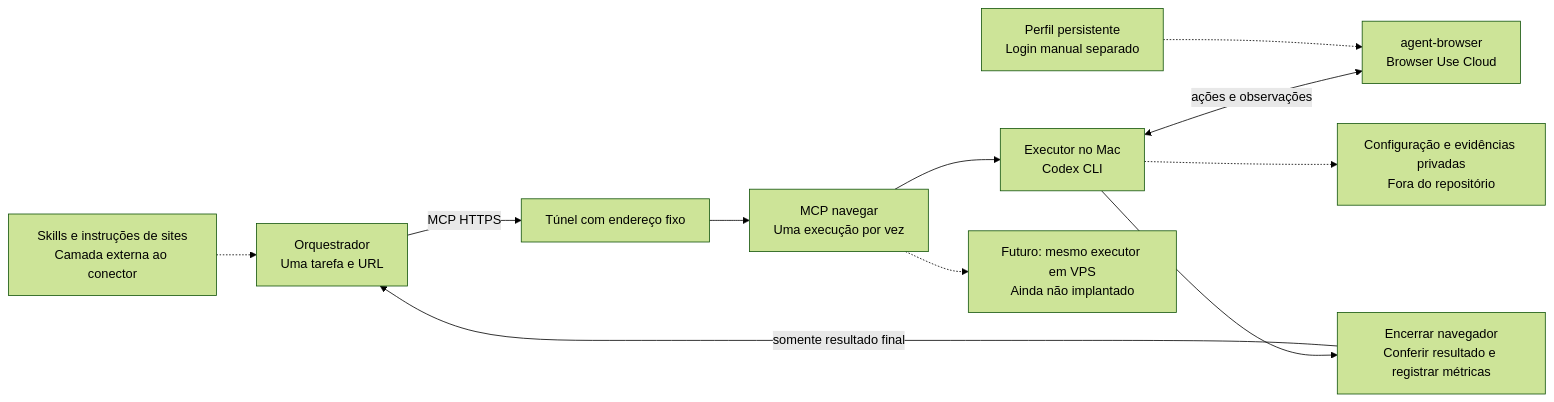
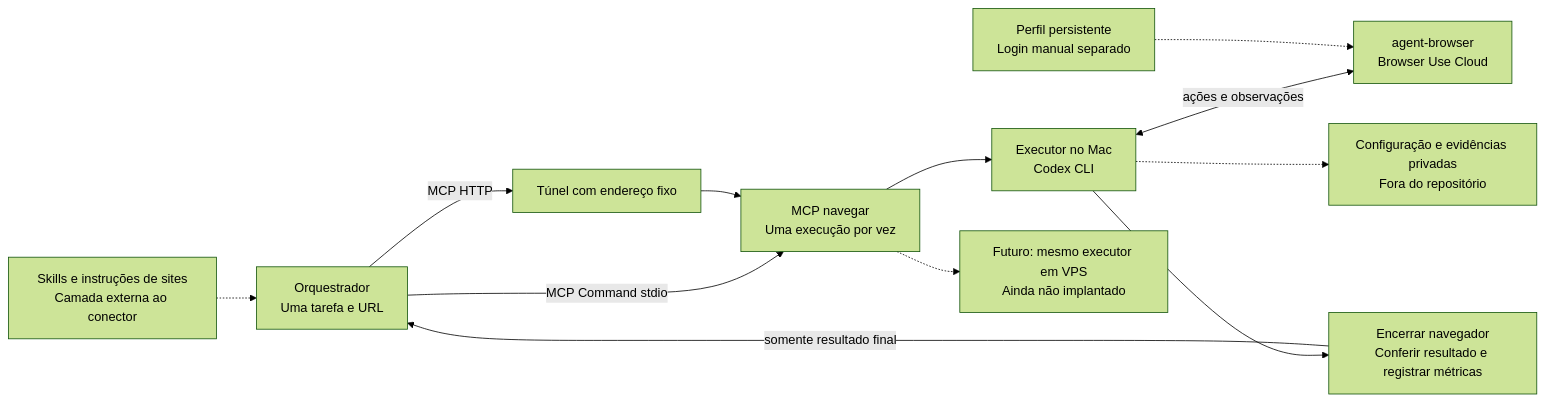
One commit to holive/codex-browser-bridge changed the diagram in docs/architecture.mmd. Above: the diagram before and after it, drawn with Mermaid (forest theme).

Commit message:
Show command transport separately from the HTTPS tunnel

```diff
--- a/docs/architecture.mmd
+++ b/docs/architecture.mmd
@@ -1,11 +1,12 @@
 flowchart LR
     K["Skills e instruções de sites<br/>Camada externa ao conector"] -.-> O["Orquestrador<br/>Uma tarefa e URL"]
-    O -->|MCP HTTPS| T["Túnel com endereço fixo"]
+    O -->|MCP HTTP| T["Túnel com endereço fixo"]
+    O -->|MCP Command stdio| M
     T --> M["MCP navegar<br/>Uma execução por vez"]
     M --> E["Executor no Mac<br/>Codex CLI"]
     E <-->|ações e observações| B["agent-browser<br/>Browser Use Cloud"]
     P["Perfil persistente<br/>Login manual separado"] -.-> B
     E --> C["Encerrar navegador<br/>Conferir resultado e registrar métricas"]
     C -->|somente resultado final| O
     E -.-> L["Configuração e evidências privadas<br/>Fora do repositório"]
     M -.-> V["Futuro: mesmo executor em VPS<br/>Ainda não implantado"]
```
